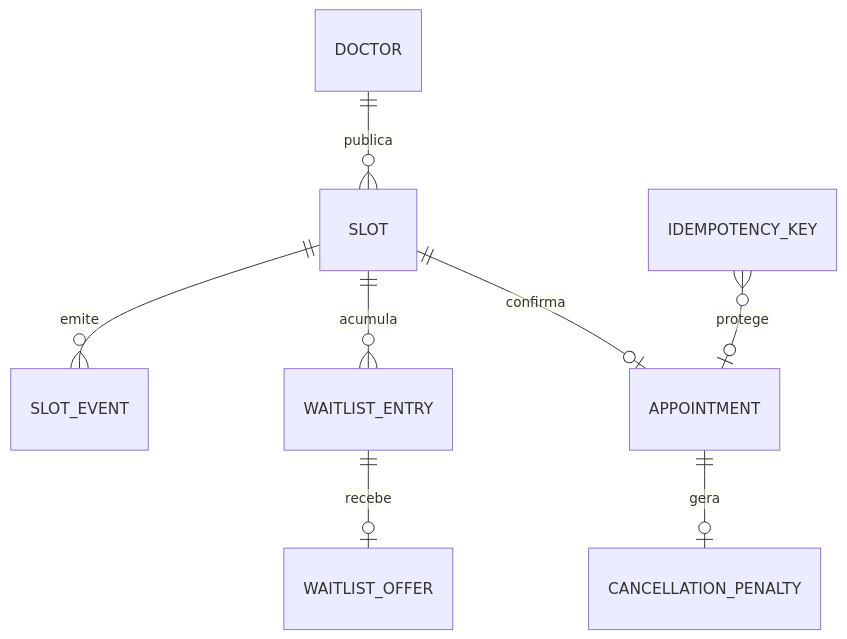
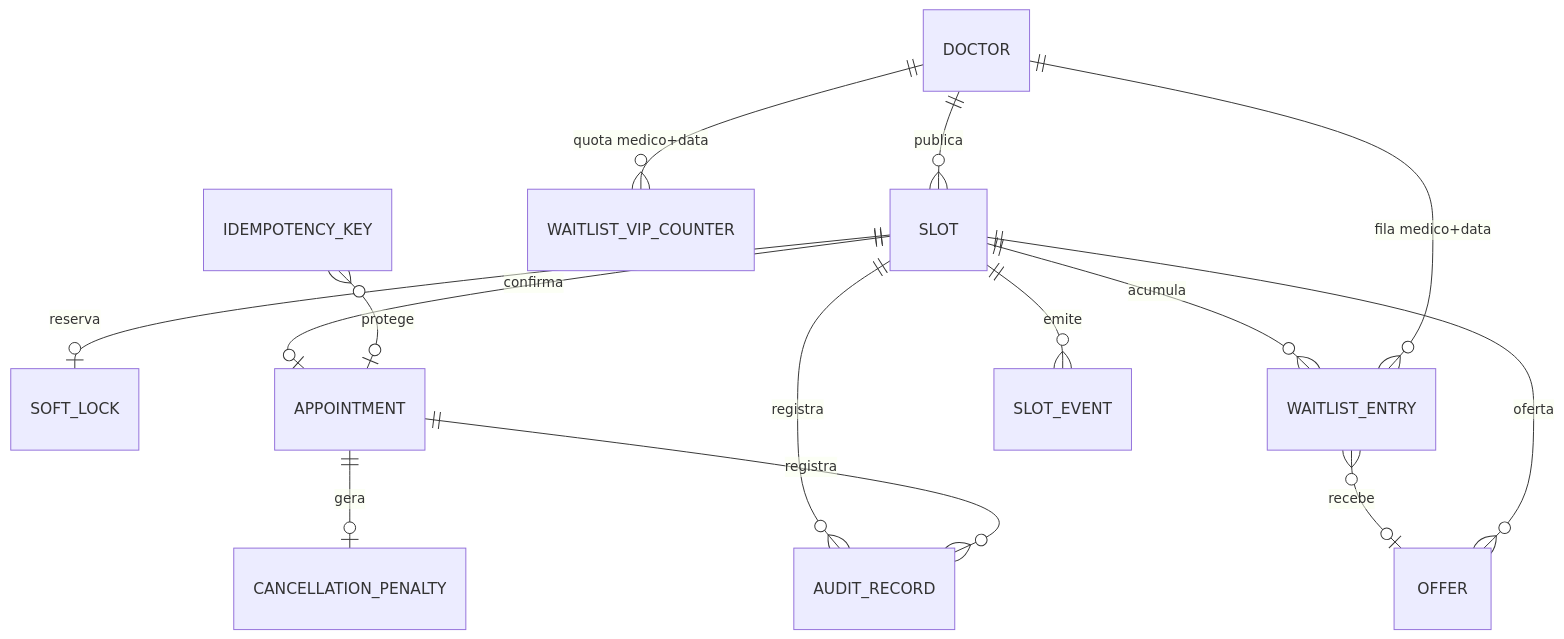
Before and after one commit to daniloar/sdd-agendafacil: the third of 5 diagrams in _bmad-output/planning-artifacts/architecture/architecture-sdd-agendafacil-2026-09-01/ARCHITECTURE-SPINE.md, drawn with Mermaid. The commit also changed other lines of this file and 2 other files, not shown here.

First line of the commit message:
docs: reconcile AgendaFácil architecture spine with the PRD

````diff
--- a/_bmad-output/planning-artifacts/architecture/architecture-sdd-agendafacil-2026-09-01/ARCHITECTURE-SPINE.md
+++ b/_bmad-output/planning-artifacts/architecture/architecture-sdd-agendafacil-2026-09-01/ARCHITECTURE-SPINE.md
@@ -179,10 +231,16 @@
 ```mermaid
 erDiagram
   DOCTOR ||--o{ SLOT : publica
+  SLOT ||--o| SOFT_LOCK : reserva
   SLOT ||--o| APPOINTMENT : confirma
   SLOT ||--o{ WAITLIST_ENTRY : acumula
-  WAITLIST_ENTRY ||--o| WAITLIST_OFFER : recebe
+  DOCTOR ||--o{ WAITLIST_ENTRY : "fila medico+data"
+  WAITLIST_ENTRY }o--o| OFFER : recebe
+  SLOT ||--o{ OFFER : oferta
   APPOINTMENT ||--o| CANCELLATION_PENALTY : gera
   SLOT ||--o{ SLOT_EVENT : emite
+  SLOT ||--o{ AUDIT_RECORD : registra
+  APPOINTMENT ||--o{ AUDIT_RECORD : registra
+  DOCTOR ||--o{ WAITLIST_VIP_COUNTER : "quota medico+data"
   IDEMPOTENCY_KEY }o--o| APPOINTMENT : protege
 ```
````
